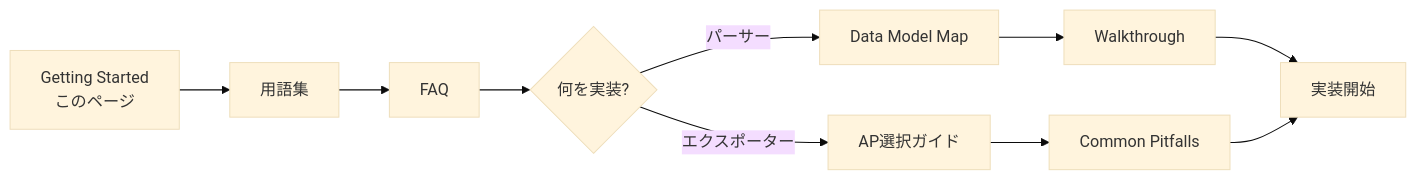
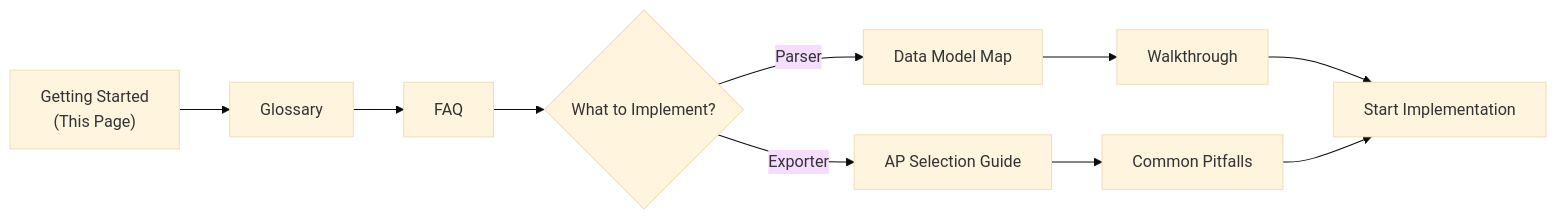
The diagram in docs/getting-started.md (takuto-NA/step-standards-explained), drawn with Mermaid (base theme) before and after one commit. The commit also changed other lines of this file and 25 other files, not shown here.

````diff
--- a/docs/getting-started.md
+++ b/docs/getting-started.md
@@ -300,12 +299,12 @@
 ```mermaid
 graph LR
-    A[Getting Started<br/>このページ] --> B[用語集]
+    A["Getting Started<br/>(This Page)"] --> B[Glossary]
     B --> C[FAQ]
-    C --> D{何を実装?}
-    D -->|パーサー| E[Data Model Map]
-    D -->|エクスポーター| F[AP選択ガイド]
+    C --> D{What to Implement?}
+    D -->|Parser| E[Data Model Map]
+    D -->|Exporter| F[AP Selection Guide]
     E --> G[Walkthrough]
     F --> H[Common Pitfalls]
-    G --> I[実装開始]
+    G --> I[Start Implementation]
     H --> I
 ```
````
